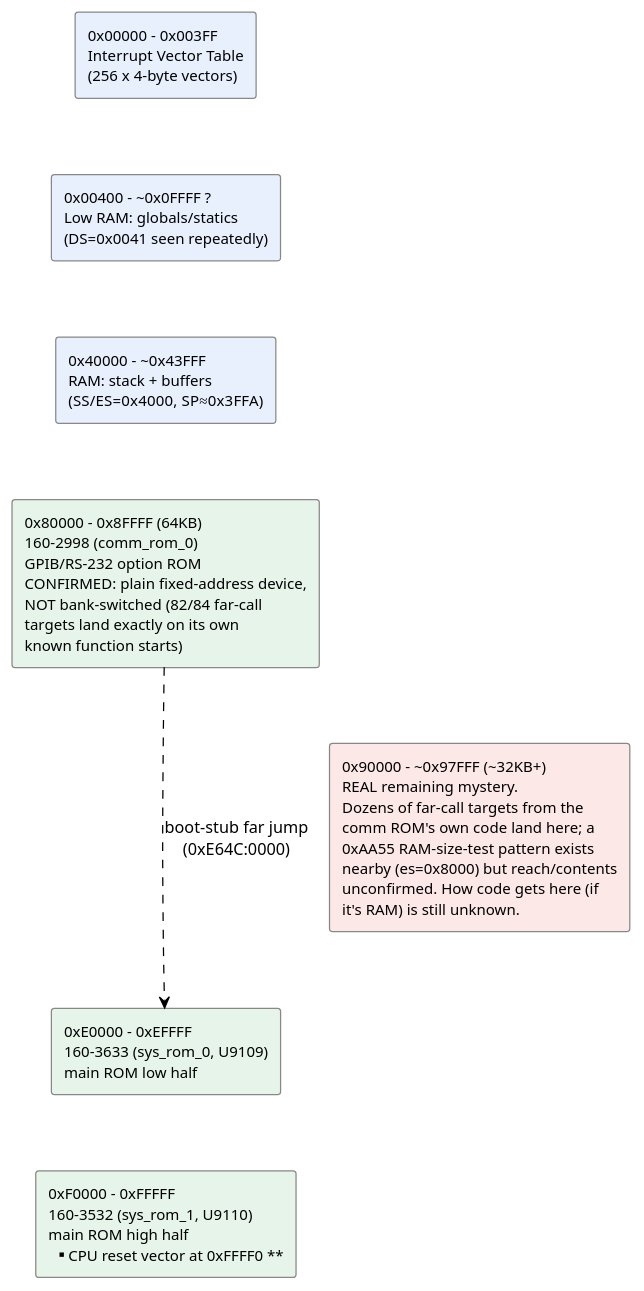
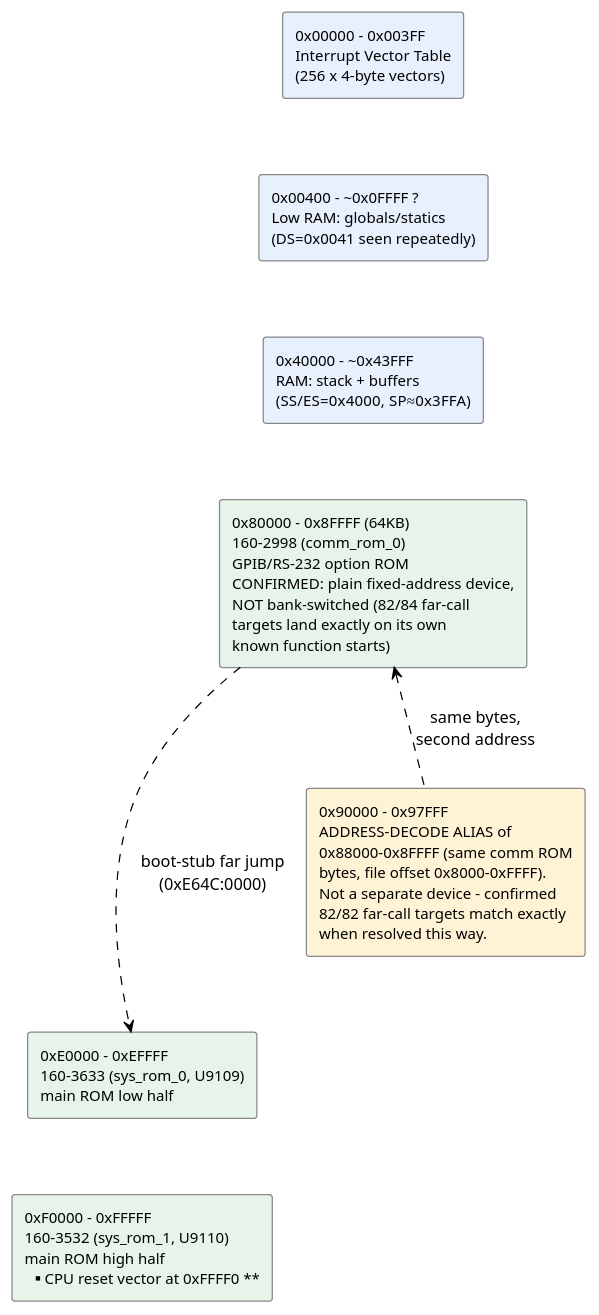
The diagram in MEMORY_MAP.md (Mwwhited-BookLearning/tektronix-2230), drawn with PlantUML before and after one commit. The commit also changed other lines of this file and 14 other files, not shown here.

````diff
--- a/MEMORY_MAP.md
+++ b/MEMORY_MAP.md
@@ -8,25 +8,26 @@
 ```plantuml
 @startuml
 !theme plain
 skinparam backgroundColor transparent
 skinparam rectangle {
   BorderColor #888
   FontSize 12
 }
 rectangle "0x00000 - 0x003FF\nInterrupt Vector Table\n(256 x 4-byte vectors)" as IVT #E8F0FE
 rectangle "0x00400 - ~0x0FFFF ?\nLow RAM: globals/statics\n(DS=0x0041 seen repeatedly)" as LORAM #E8F0FE
 rectangle "0x40000 - ~0x43FFF\nRAM: stack + buffers\n(SS/ES=0x4000, SP≈0x3FFA)" as STACKRAM #E8F0FE
 rectangle "0x80000 - 0x8FFFF (64KB)\n160-2998 (comm_rom_0)\nGPIB/RS-232 option ROM\nCONFIRMED: plain fixed-address device,\nNOT bank-switched (82/84 far-call\ntargets land exactly on its own\nknown function starts)" as COMMROM #E6F4EA
-rectangle "0x90000 - ~0x97FFF (~32KB+)\nREAL remaining mystery.\nDozens of far-call targets from the\ncomm ROM's own code land here; a\n0xAA55 RAM-size-test pattern exists\nnearby (es=0x8000) but reach/contents\nunconfirmed. How code gets here (if\nit's RAM) is still unknown." as MYSTERY #FCE8E6
+rectangle "0x90000 - 0x97FFF\nADDRESS-DECODE ALIAS of\n0x88000-0x8FFFF (same comm ROM\nbytes, file offset 0x8000-0xFFFF).\nNot a separate device - confirmed\n82/82 far-call targets match exactly\nwhen resolved this way." as ALIAS #FFF3D6
 rectangle "0xE0000 - 0xEFFFF\n160-3633 (sys_rom_0, U9109)\nmain ROM low half" as ROM_LOW #E6F4EA
 rectangle "0xF0000 - 0xFFFFF\n160-3532 (sys_rom_1, U9110)\nmain ROM high half\n** CPU reset vector at 0xFFFF0 **" as ROM_HIGH #E6F4EA
 
 IVT -[hidden]down- LORAM
 LORAM -[hidden]down- STACKRAM
 STACKRAM -[hidden]down- COMMROM
-COMMROM -[hidden]down- MYSTERY
-MYSTERY -[hidden]down- ROM_LOW
+COMMROM -[hidden]down- ALIAS
+ALIAS -[hidden]down- ROM_LOW
 ROM_LOW -[hidden]down- ROM_HIGH
 COMMROM .right.> ROM_LOW : boot-stub far jump\n(0xE64C:0000)
+ALIAS .up.> COMMROM : same bytes,\nsecond address
 @enduml
 ```
````
